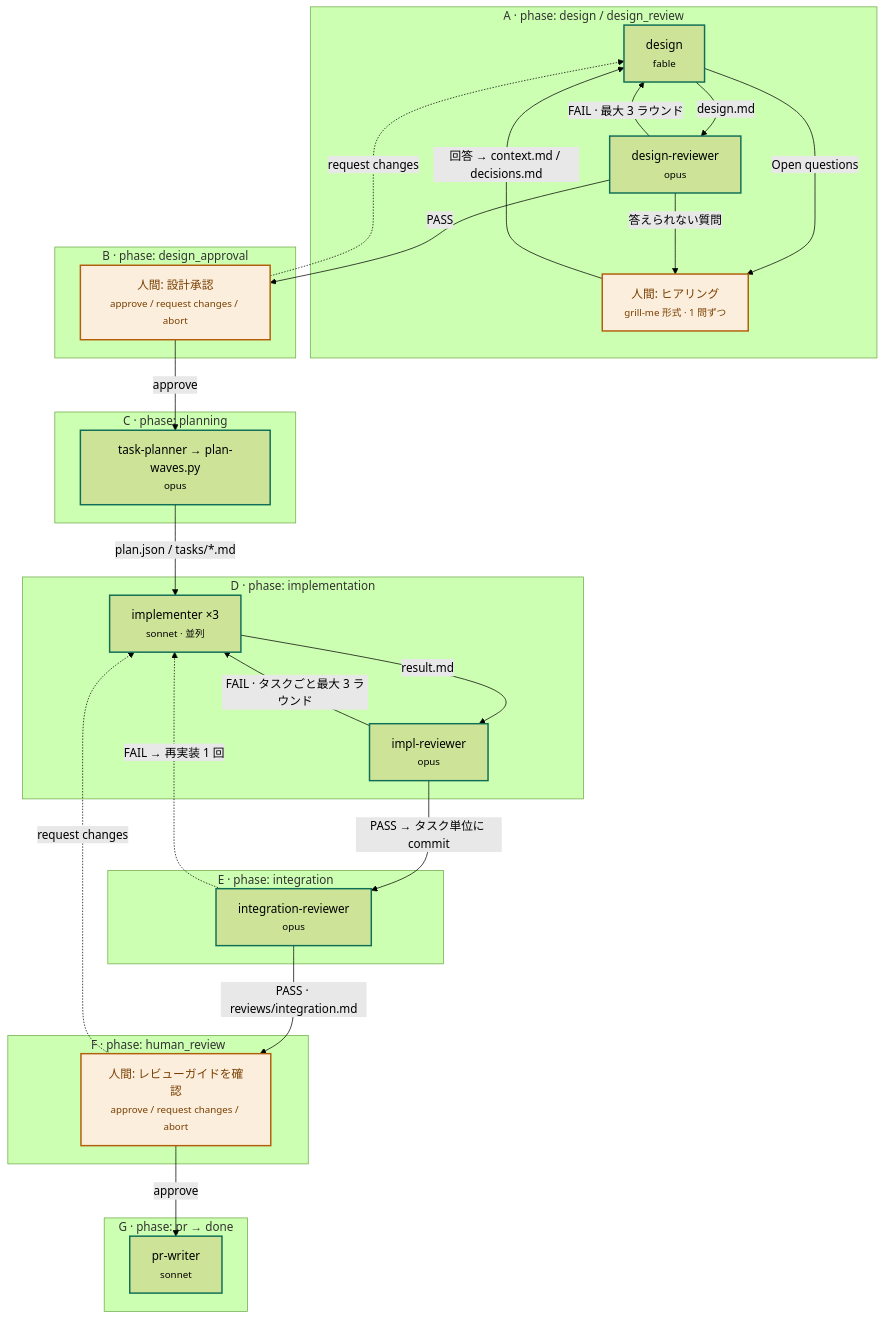
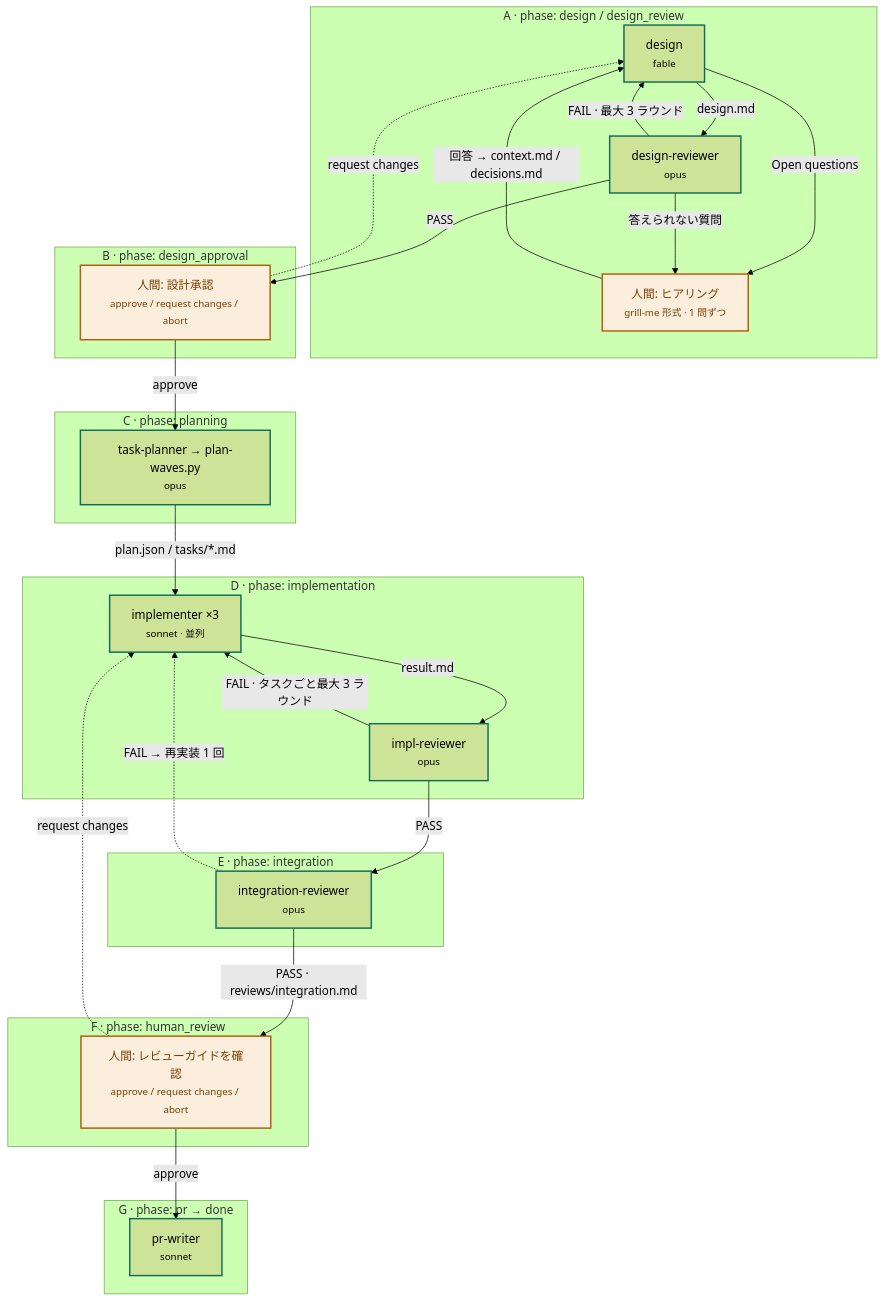
One commit to tamashiro-syuta/tama-cc-kit changed the third of 11 diagrams in docs/tama-cc-devflow.md. Above: the diagram before and after it, drawn with Mermaid (forest theme). The commit also changed other lines of this file and 5 other files, not shown here.

````diff
--- a/docs/tama-cc-devflow.md
+++ b/docs/tama-cc-devflow.md
@@ -98,53 +98,53 @@
 ```mermaid
 flowchart TD
     classDef agent stroke:#0f6e56,stroke-width:2px
     classDef human fill:#fbeedc,stroke:#b25e0a,stroke-width:2px,color:#7a3f00
 
     subgraph A["A · phase: design / design_review"]
         design["design<br/><small>fable</small>"]:::agent
         dreview["design-reviewer<br/><small>opus</small>"]:::agent
         interview["人間: ヒアリング<br/><small>grill-me 形式 · 1 問ずつ</small>"]:::human
         design -- design.md --> dreview
         dreview -- FAIL · 最大 3 ラウンド --> design
         design -- Open questions --> interview
         dreview -- 答えられない質問 --> interview
         interview -- "回答 → context.md / decisions.md" --> design
     end
 
     subgraph B["B · phase: design_approval"]
         approve["人間: 設計承認<br/><small>approve / request changes / abort</small>"]:::human
     end
 
     subgraph C["C · phase: planning"]
         planner["task-planner → plan-waves.py<br/><small>opus</small>"]:::agent
     end
 
     subgraph D["D · phase: implementation"]
         impl["implementer ×3<br/><small>sonnet · 並列</small>"]:::agent
         ireview["impl-reviewer<br/><small>opus</small>"]:::agent
         impl -- result.md --> ireview
         ireview -- FAIL · タスクごと最大 3 ラウンド --> impl
     end
 
     subgraph E["E · phase: integration"]
         integ["integration-reviewer<br/><small>opus</small>"]:::agent
     end
 
     subgraph F["F · phase: human_review"]
         hreview["人間: レビューガイドを確認<br/><small>approve / request changes / abort</small>"]:::human
     end
 
     subgraph G["G · phase: pr → done"]
         prw["pr-writer<br/><small>sonnet</small>"]:::agent
     end
 
     dreview -- PASS --> approve
     approve -- approve --> planner
     approve -. request changes .-> design
     planner -- "plan.json / tasks/*.md" --> impl
-    ireview -- PASS → タスク単位に commit --> integ
+    ireview -- PASS --> integ
     integ -. FAIL → 再実装 1 回 .-> impl
     integ -- PASS · reviews/integration.md --> hreview
     hreview -- approve --> prw
     hreview -. request changes .-> impl
 ```
````
